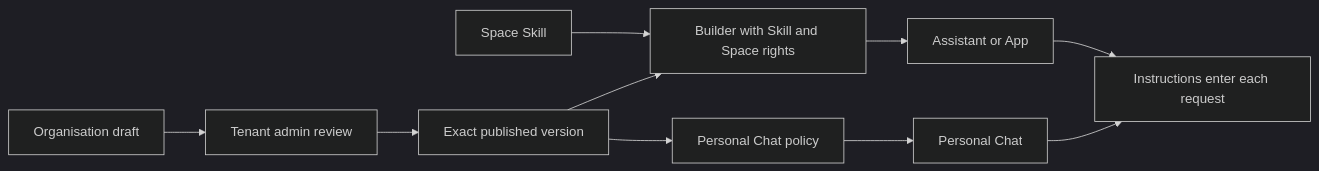
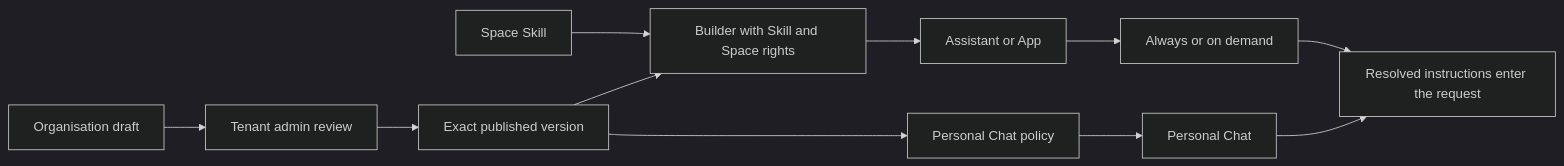
Before and after one commit to eneo-ai/eneo: the diagram in frontend/apps/docs-site/src/content/guides/skills.mdx, drawn with Mermaid (dark theme). The commit also changed other lines of this file and 14 other files, not shown here.

````diff
--- a/frontend/apps/docs-site/src/content/guides/skills.mdx
+++ b/frontend/apps/docs-site/src/content/guides/skills.mdx
@@ -36,12 +36,13 @@
 ```mermaid
 flowchart LR
     Local["Space Skill"] --> Builder["Builder with Skill and Space rights"]
     Draft["Organisation draft"] --> Review["Tenant admin review"]
     Review --> Published["Exact published version"]
     Published --> Builder
     Published --> Policy["Personal Chat policy"]
     Builder --> Resource["Assistant or App"]
     Policy --> Chat["Personal Chat"]
-    Resource --> Request["Instructions enter each request"]
+    Resource --> Mode["Always or on demand"]
+    Mode --> Request["Resolved instructions enter the request"]
     Chat --> Request
 ```
````
